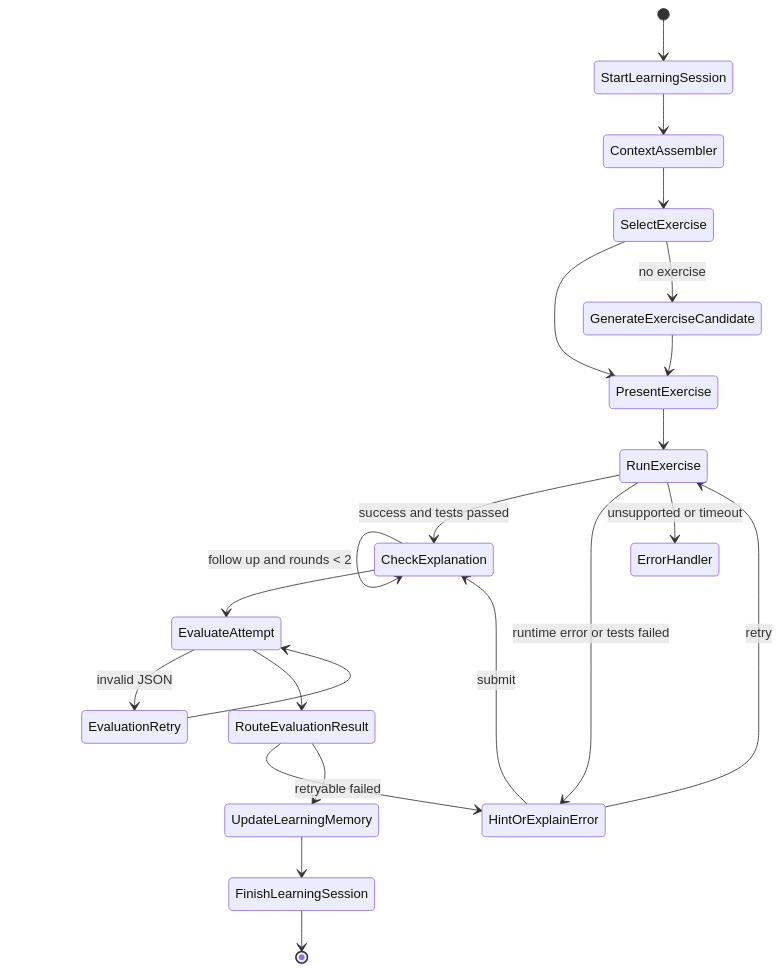
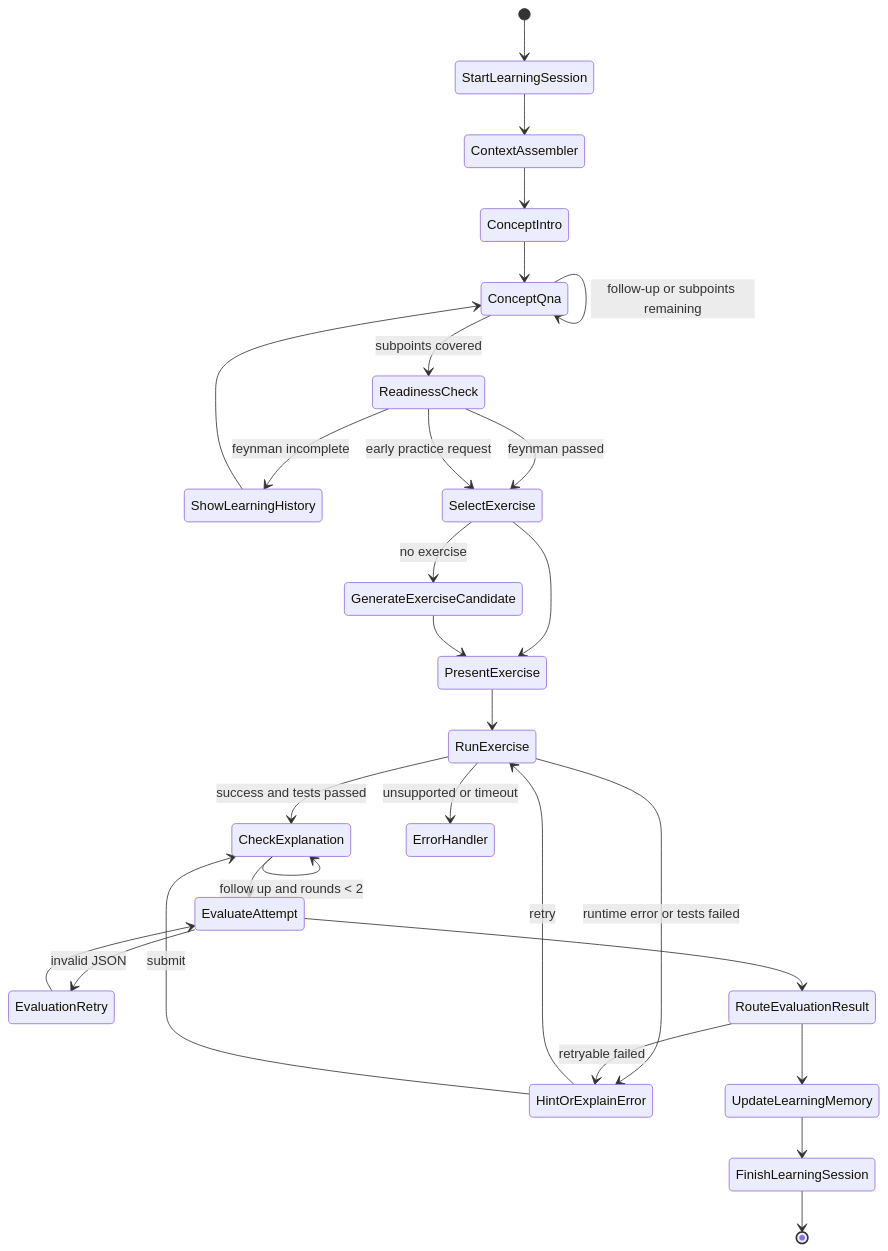
One commit to P1nL/Aearn changed the first of 2 diagrams in docs/architecture/langgraph-state-machine.md. Above: the diagram before and after it, drawn with Mermaid. The commit also changed other lines of this file and 28 other files, not shown here.

Commit message:
feat(learning): add concept-first session flow

````diff
--- a/docs/architecture/langgraph-state-machine.md
+++ b/docs/architecture/langgraph-state-machine.md
@@ -1008,24 +1091,31 @@
 ```mermaid
 stateDiagram-v2
     [*] --> StartLearningSession
     StartLearningSession --> ContextAssembler
-    ContextAssembler --> SelectExercise
+    ContextAssembler --> ConceptIntro
+    ConceptIntro --> ConceptQna
+    ConceptQna --> ConceptQna: follow-up or subpoints remaining
+    ConceptQna --> ReadinessCheck: subpoints covered
+    ReadinessCheck --> ShowLearningHistory: feynman incomplete
+    ShowLearningHistory --> ConceptQna
+    ReadinessCheck --> SelectExercise: feynman passed
+    ReadinessCheck --> SelectExercise: early practice request
     SelectExercise --> PresentExercise
     SelectExercise --> GenerateExerciseCandidate: no exercise
     GenerateExerciseCandidate --> PresentExercise
     PresentExercise --> RunExercise
     RunExercise --> CheckExplanation: success and tests passed
     RunExercise --> HintOrExplainError: runtime error or tests failed
     RunExercise --> ErrorHandler: unsupported or timeout
     HintOrExplainError --> RunExercise: retry
     HintOrExplainError --> CheckExplanation: submit
     CheckExplanation --> CheckExplanation: follow up and rounds < 2
     CheckExplanation --> EvaluateAttempt
     EvaluateAttempt --> EvaluationRetry: invalid JSON
     EvaluationRetry --> EvaluateAttempt
     EvaluateAttempt --> RouteEvaluationResult
     RouteEvaluationResult --> HintOrExplainError: retryable failed
     RouteEvaluationResult --> UpdateLearningMemory
     UpdateLearningMemory --> FinishLearningSession
     FinishLearningSession --> [*]
 ```
````
